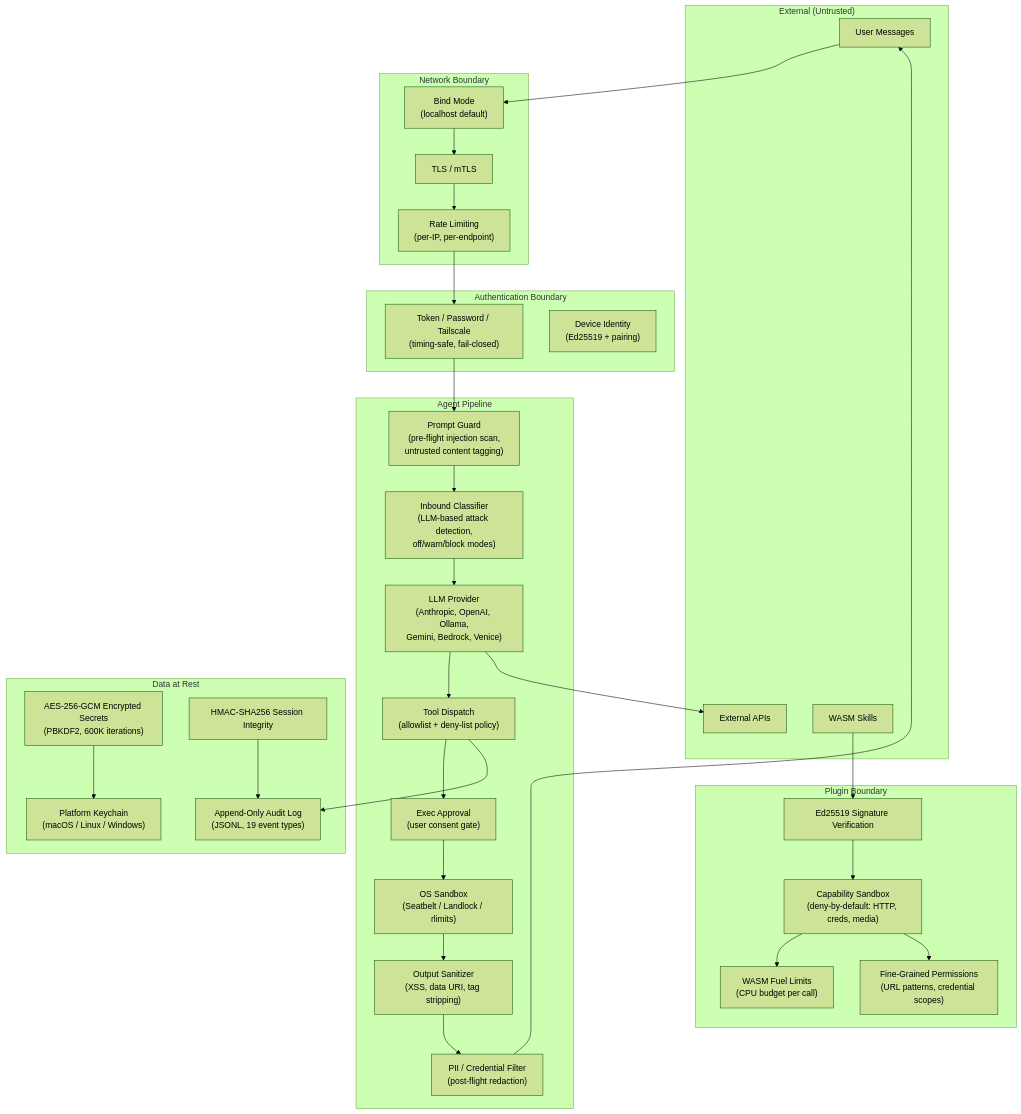
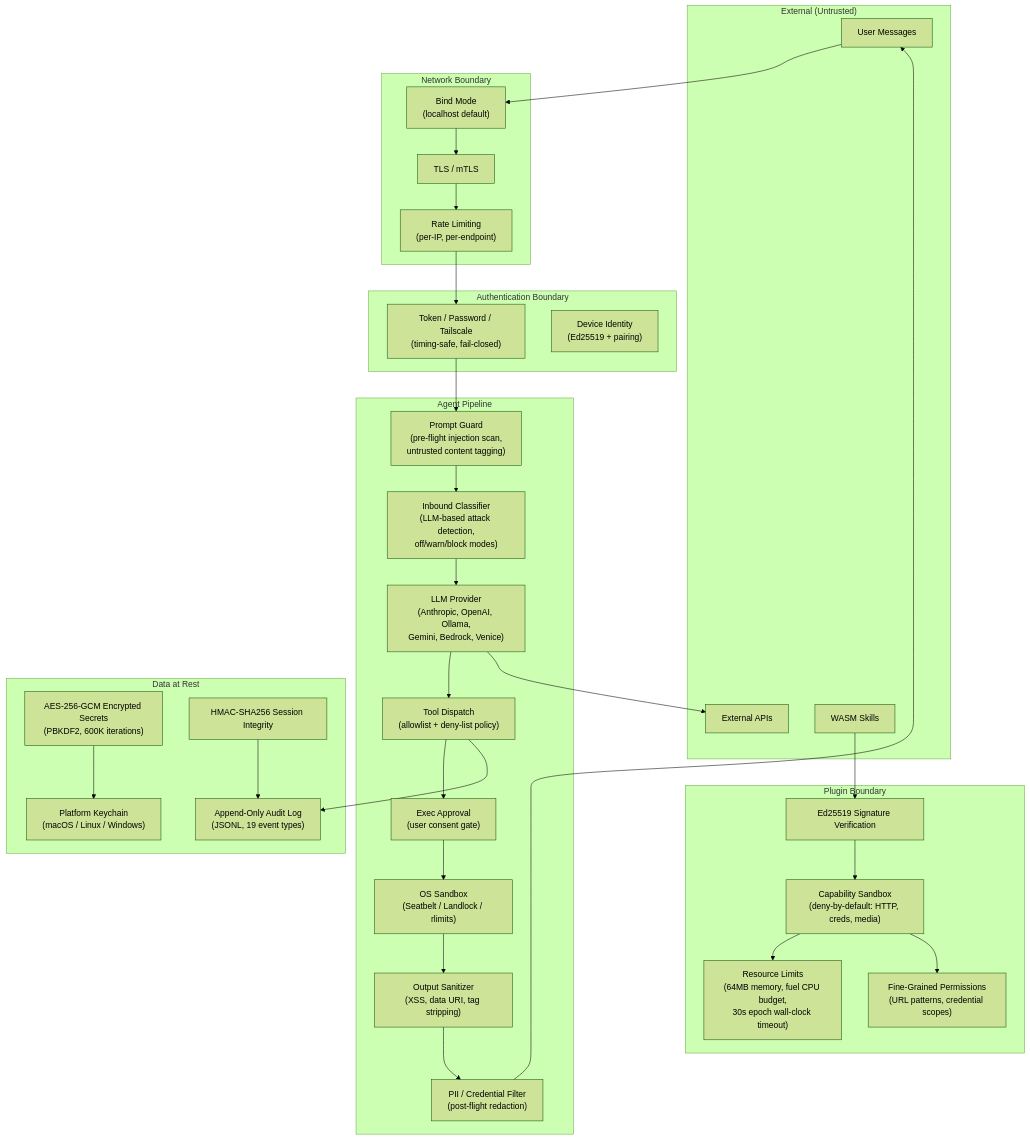
One commit to puremachinery/carapace changed the diagram in docs/security.md. Above: the diagram before and after it, drawn with Mermaid (forest theme). The commit also changed other lines of this file and 3 other files, not shown here.

````diff
--- a/docs/security.md
+++ b/docs/security.md
@@ -40,59 +40,59 @@
 ```mermaid
 graph TB
     subgraph "External (Untrusted)"
         User[User Messages]
         ExtAPI[External APIs]
         Skills[WASM Skills]
     end
 
     subgraph "Network Boundary"
         Bind["Bind Mode<br/>(localhost default)"]
         TLS["TLS / mTLS"]
         RateLimit["Rate Limiting<br/>(per-IP, per-endpoint)"]
     end
 
     subgraph "Authentication Boundary"
         Auth["Token / Password / Tailscale<br/>(timing-safe, fail-closed)"]
         DeviceAuth["Device Identity<br/>(Ed25519 + pairing)"]
     end
 
     subgraph "Agent Pipeline"
         PromptGuard["Prompt Guard<br/>(pre-flight injection scan,<br/>untrusted content tagging)"]
         Classifier["Inbound Classifier<br/>(LLM-based attack detection,<br/>off/warn/block modes)"]
         LLM["LLM Provider<br/>(Anthropic, OpenAI, Ollama,<br/>Gemini, Bedrock, Venice)"]
         ToolDispatch["Tool Dispatch<br/>(allowlist + deny-list policy)"]
         ExecApproval["Exec Approval<br/>(user consent gate)"]
         Sandbox["OS Sandbox<br/>(Seatbelt / Landlock / rlimits)"]
         OutputCSP["Output Sanitizer<br/>(XSS, data URI, tag stripping)"]
         PIIFilter["PII / Credential Filter<br/>(post-flight redaction)"]
     end
 
     subgraph "Data at Rest"
         Secrets["AES-256-GCM Encrypted Secrets<br/>(PBKDF2, 600K iterations)"]
         Sessions["HMAC-SHA256 Session Integrity"]
         Audit["Append-Only Audit Log<br/>(JSONL, 19 event types)"]
         Keychain["Platform Keychain<br/>(macOS / Linux / Windows)"]
     end
 
     subgraph "Plugin Boundary"
         PluginSig["Ed25519 Signature Verification"]
         PluginCaps["Capability Sandbox<br/>(deny-by-default: HTTP, creds, media)"]
-        PluginFuel["WASM Fuel Limits<br/>(CPU budget per call)"]
+        PluginRes["Resource Limits<br/>(64MB memory, fuel CPU budget,<br/>30s epoch wall-clock timeout)"]
         PluginPerms["Fine-Grained Permissions<br/>(URL patterns, credential scopes)"]
     end
 
     User --> Bind --> TLS --> RateLimit --> Auth
     Auth --> PromptGuard --> Classifier --> LLM
     LLM --> ToolDispatch --> ExecApproval --> Sandbox
     Sandbox --> OutputCSP --> PIIFilter
     PIIFilter --> User
 
     LLM --> ExtAPI
     ToolDispatch --> Audit
 
-    Skills --> PluginSig --> PluginCaps --> PluginFuel
+    Skills --> PluginSig --> PluginCaps --> PluginRes
     PluginCaps --> PluginPerms
 
     Secrets --> Keychain
     Sessions --> Audit
 ```
````
